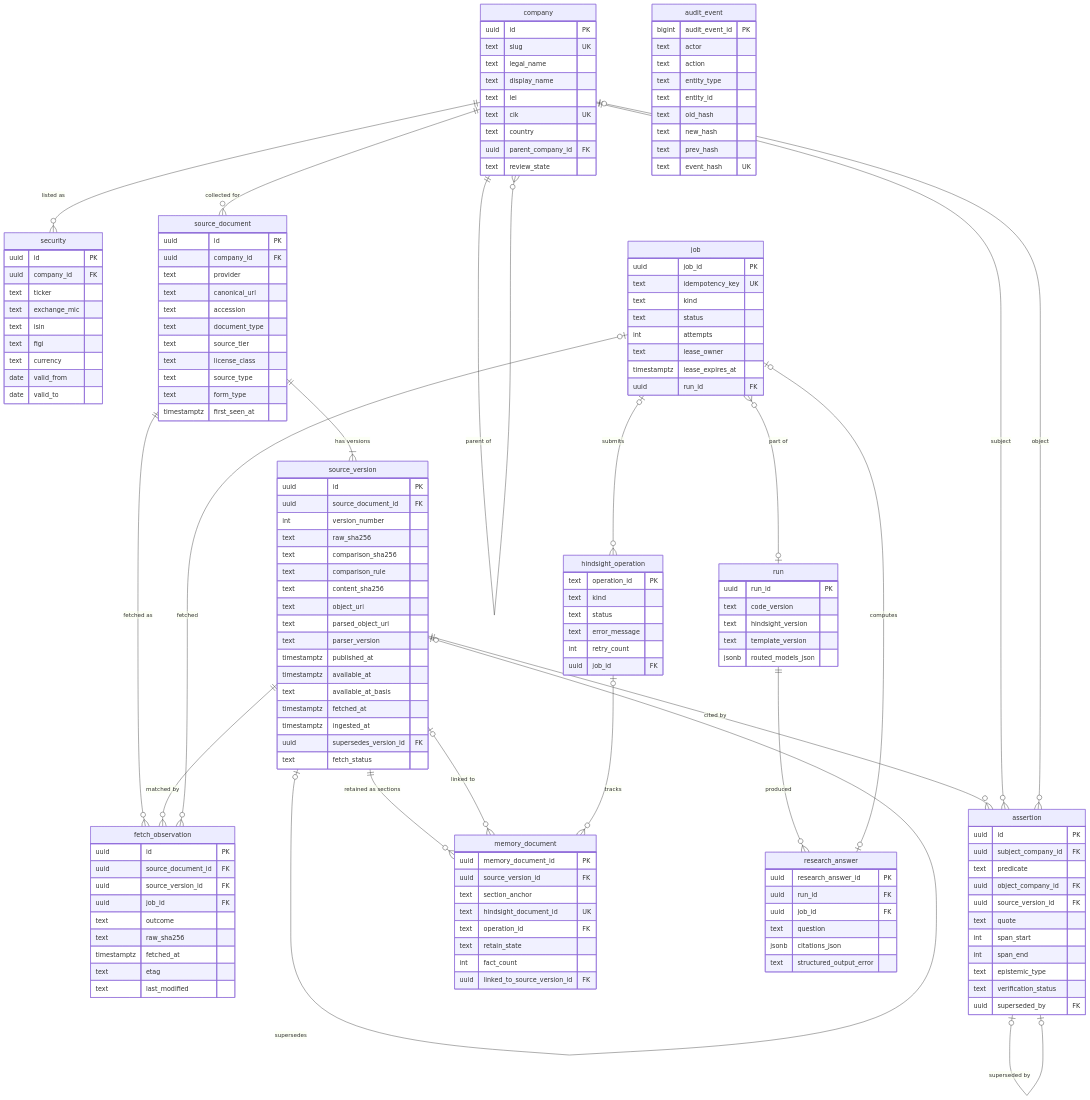
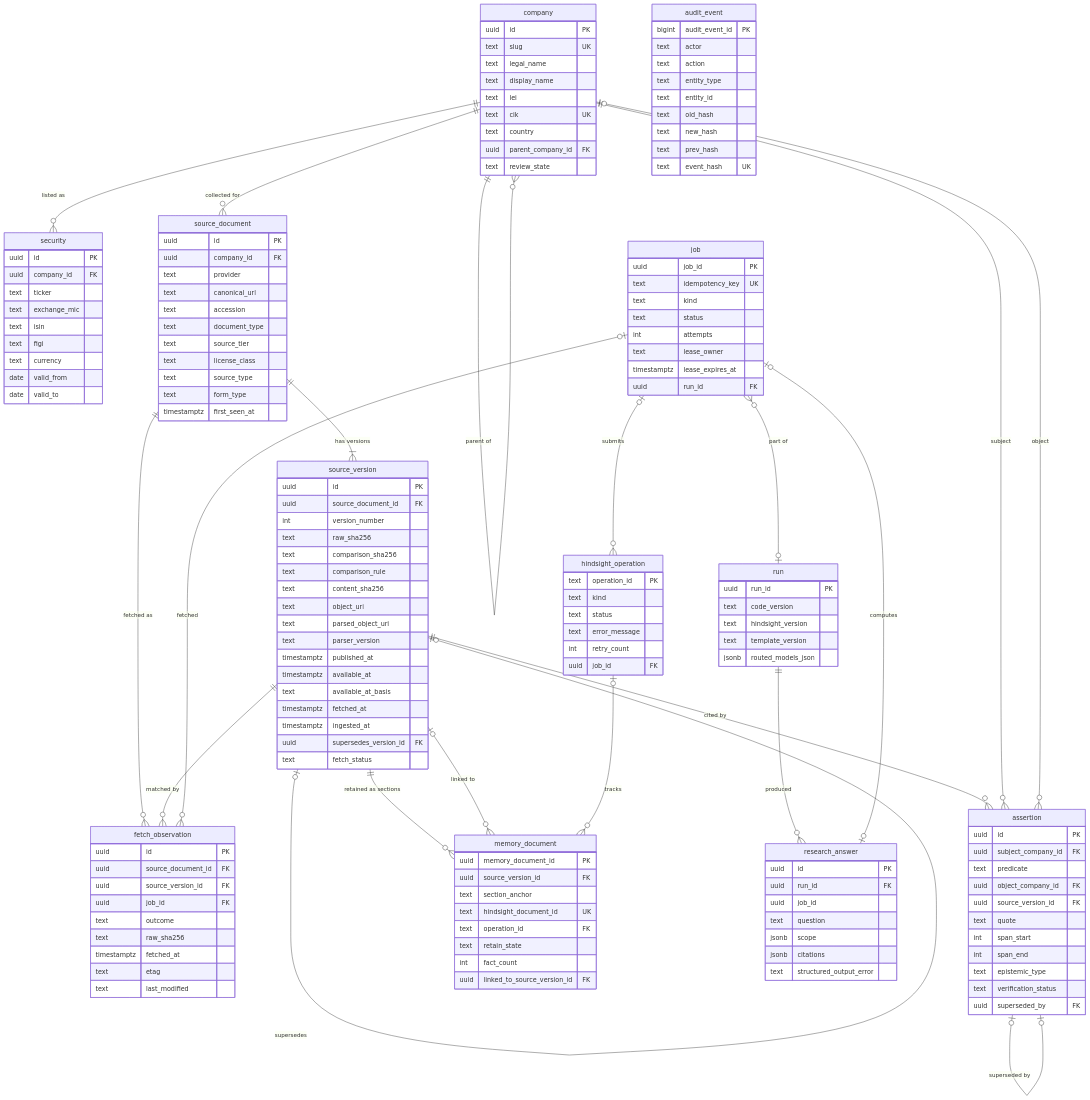
Before and after one commit to ekenheim/atlas: the diagram in docs/data-model.md, drawn with Mermaid. The commit also changed other lines of this file and 22 other files, not shown here.

````diff
--- a/docs/data-model.md
+++ b/docs/data-model.md
@@ -492,11 +497,12 @@
     uuid linked_to_source_version_id FK
   }
   research_answer {
-    uuid research_answer_id PK
+    uuid id PK
     uuid run_id FK
-    uuid job_id FK
+    uuid job_id
     text question
-    jsonb citations_json
+    jsonb scope
+    jsonb citations
     text structured_output_error
   }
 ```
````
